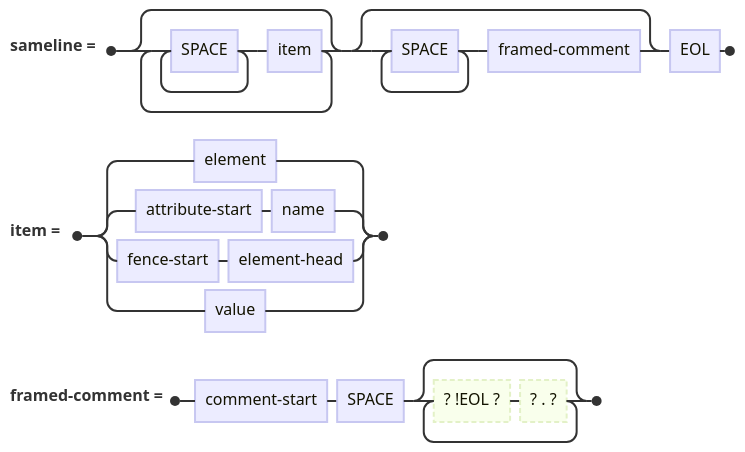
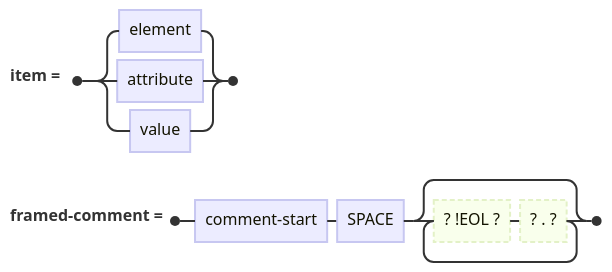
The fourth of 10 diagrams in v2/spec-lite-0.1.0/.int/railroad-2026-10-21.md (v2-io/udon), drawn with Mermaid before and after one commit. The commit also changed other lines of this file and 1 other file, not shown here.

First line of the commit message:
spec-lite-0.1.0: railroad: line is blank / comment-block / block-line / prose; block-line is what sameline named (Joseph, 2026-10-21), built from starts and items with the fence as the only last-item; verbatim recorded

````diff
--- a/v2/spec-lite-0.1.0/.int/railroad-2026-10-21.md
+++ b/v2/spec-lite-0.1.0/.int/railroad-2026-10-21.md
@@ -58,9 +62,8 @@
 ```mermaid
 railroad-peg-beta
-title "Sameline"
-sameline <- (SPACE+ item)* (SPACE+ framed-comment)? EOL ;
-item <- element / attribute-start name / fence-start element-head / value ;
-%% every item but a value begins with a start (section 2). A value goes to the attribute still waiting for one, else to $main on an element line or stacks on an attribute line ([[rule:leftover-values]]); an attribute with nothing after it is an error ([[rule:missing-value]]); an attribute directly after an attribute with no value is the reserved nested-attribute error ([[rule:attribute-after-attribute-with-no-value]])
+title "Items on a block-line"
+item <- element / attribute / value ;
+%% every item but a value begins with a start (section 2); a fence is also an item, last on its line (rest, section 1). A value goes to the attribute still waiting for one, else to $main on an element block-line or stacks on an attribute block-line ([[rule:leftover-values]]); an attribute directly after an attribute with no value is the reserved nested-attribute error ([[rule:attribute-after-attribute-with-no-value]])
 framed-comment <- comment-start SPACE (!EOL .)* ;
 %% [[rule:framed-comments]]: a space on each side. It attaches to the nearest item (Joseph, 2026-10-20): an attribute's value on that line, or an element as its next child
 ```
````
